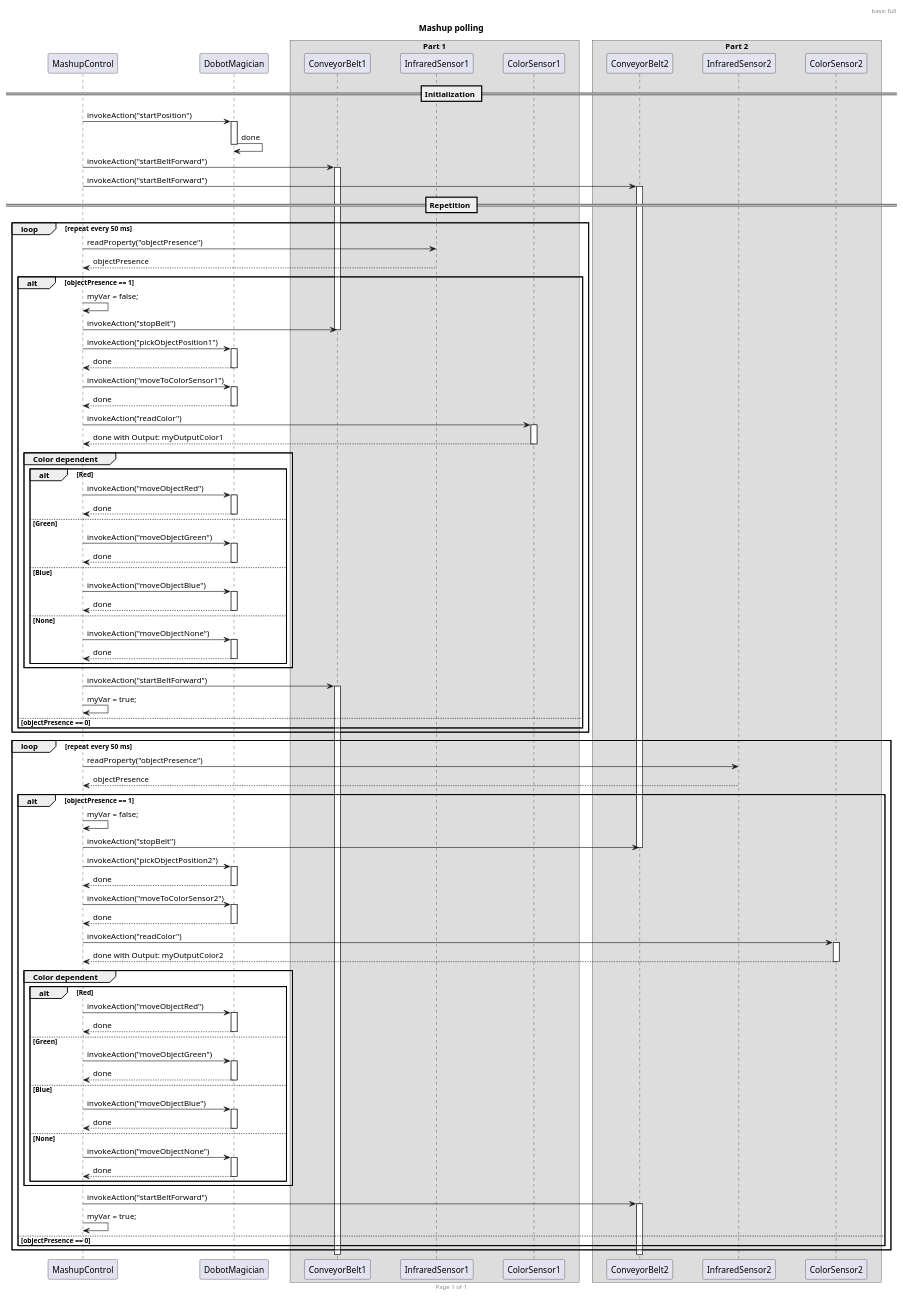
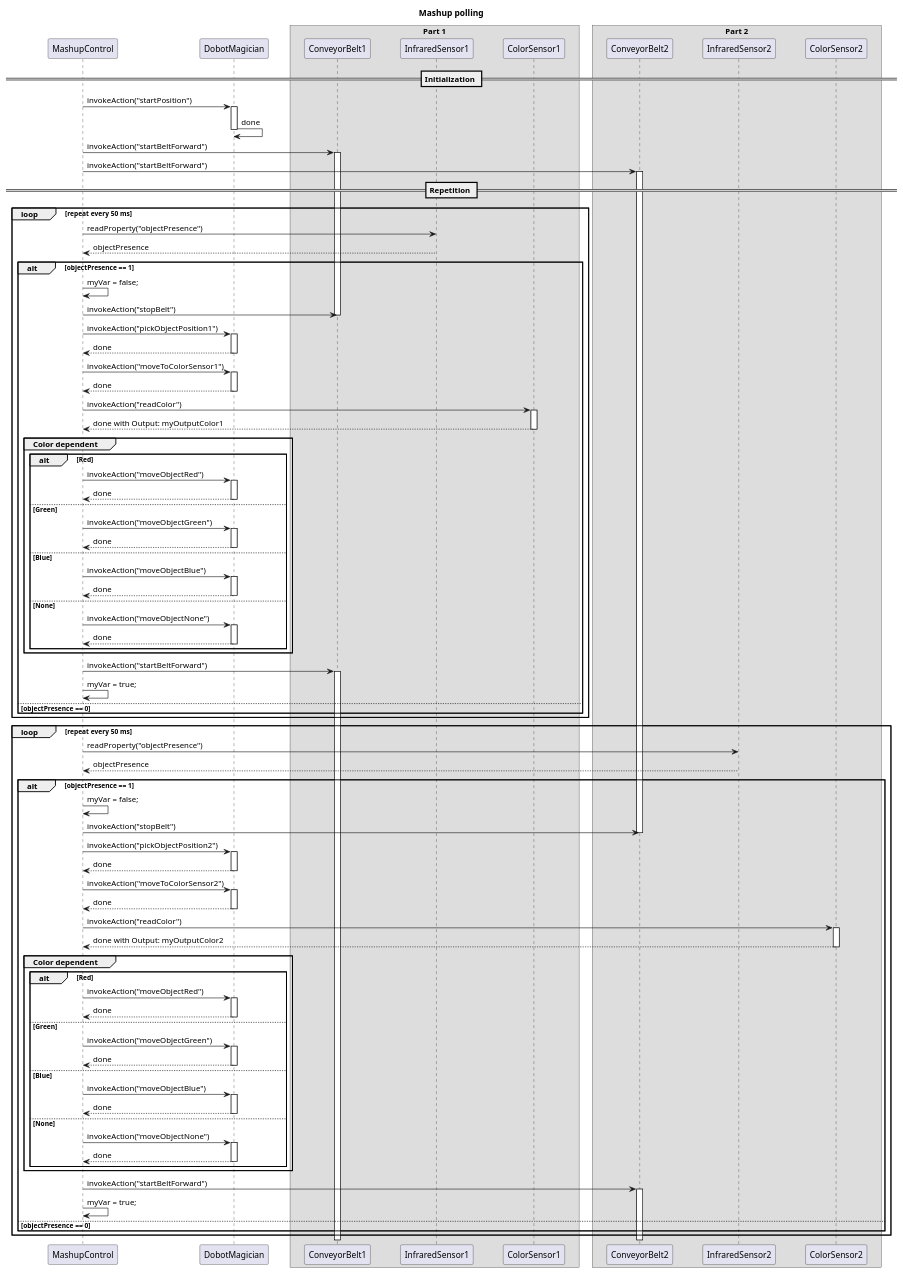
One commit to tum-esi/wot-sys changed the diagram in SequenceDiagrams/SequenceDiagramUML_mashup_polling.wsd. Above: the diagram before and after it, drawn with PlantUML.

```diff
--- a/SequenceDiagrams/SequenceDiagramUML_mashup_polling.wsd
+++ b/SequenceDiagrams/SequenceDiagramUML_mashup_polling.wsd
@@ -1,140 +1,138 @@
 @startuml
-header basic full
-footer Page %page% of %lastpage%
 
 title Mashup polling
 
 skinparam ParticipantPadding 20
 skinparam BoxPadding 10
 
 participant MashupControl as MC
 participant DobotMagician as DM
 
 box "Part 1"
 participant ConveyorBelt1 as CB1
 participant InfraredSensor1 as IS1
 participant ColorSensor1 as CS1
 end box
 
 box "Part 2"
 participant ConveyorBelt2 as CB2
 participant InfraredSensor2 as IS2
 participant ColorSensor2 as CS2
 end box
 
 
 == Initialization ==
 
 MC -> DM: invokeAction("startPosition")
 activate DM
 DM -> DM: done
 deactivate DM
 
 MC -> CB1: invokeAction("startBeltForward")
 activate CB1
 MC -> CB2: invokeAction("startBeltForward")
 activate CB2
 
 == Repetition ==
 
 loop repeat every 50 ms
 MC -> IS1: readProperty("objectPresence")
 MC <-- IS1: objectPresence
 alt objectPresence == 1
 MC -> MC: myVar = false;
 MC -> CB1: invokeAction("stopBelt")
 deactivate CB1
 MC -> DM: invokeAction("pickObjectPosition1")
 activate DM
 MC <-- DM: done
 deactivate DM
 MC -> DM: invokeAction("moveToColorSensor1")
 activate DM
 MC <-- DM: done
 deactivate DM
 MC -> CS1: invokeAction("readColor")
 activate CS1
 MC <-- CS1: done with Output: myOutputColor1
 deactivate CS1
 group Color dependent
 alt Red
 MC -> DM: invokeAction("moveObjectRed")
 activate DM
 MC <-- DM: done
 deactivate DM
 else Green
 MC -> DM: invokeAction("moveObjectGreen")
 activate DM
 MC <-- DM: done
 deactivate DM
 else Blue
 MC -> DM: invokeAction("moveObjectBlue")
 activate DM
 MC <-- DM: done
 deactivate DM
 else None
 MC -> DM: invokeAction("moveObjectNone")
 activate DM
 MC <-- DM: done
 deactivate DM
 end
 end
 MC -> CB1: invokeAction("startBeltForward")
 activate CB1
 MC -> MC: myVar = true;
 else objectPresence == 0
 end
 end
 
 
 loop repeat every 50 ms
 MC -> IS2: readProperty("objectPresence")
 MC <-- IS2: objectPresence
 alt objectPresence == 1
 MC -> MC: myVar = false;
 MC -> CB2: invokeAction("stopBelt")
 deactivate CB2
 MC -> DM: invokeAction("pickObjectPosition2")
 activate DM
 MC <-- DM: done
 deactivate DM
 MC -> DM: invokeAction("moveToColorSensor2")
 activate DM
 MC <-- DM: done
 deactivate DM
 MC -> CS2: invokeAction("readColor")
 activate CS2
 MC <-- CS2: done with Output: myOutputColor2
 deactivate CS2
 group Color dependent
 alt Red
 MC -> DM: invokeAction("moveObjectRed")
 activate DM
 MC <-- DM: done
 deactivate DM
 else Green
 MC -> DM: invokeAction("moveObjectGreen")
 activate DM
 MC <-- DM: done
 deactivate DM
 else Blue
 MC -> DM: invokeAction("moveObjectBlue")
 activate DM
 MC <-- DM: done
 deactivate DM
 else None
 MC -> DM: invokeAction("moveObjectNone")
 activate DM
 MC <-- DM: done
 deactivate DM
 end
 end
 MC -> CB2: invokeAction("startBeltForward")
 activate CB2
 MC -> MC: myVar = true;
 else objectPresence == 0
 end
 end
 
 
 @enduml
```
